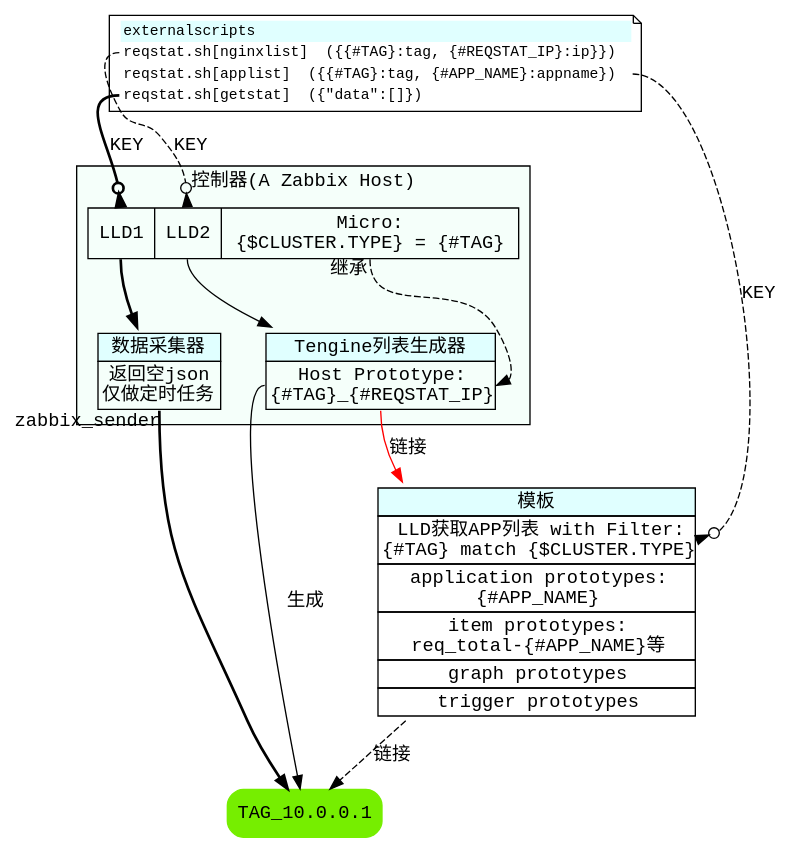
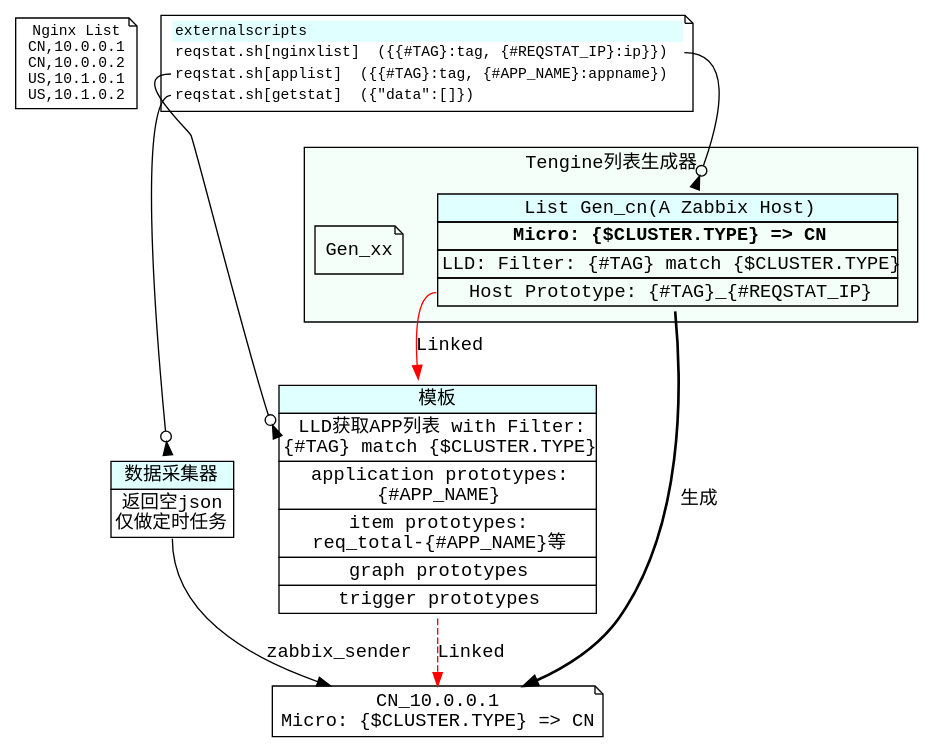
The diagram in nginx/img/reqstat_zabbix.dot (annProg/mydoc), drawn with Graphviz before and after one commit. The commit also changed 3 other files, not shown here.

Commit message:
fix reqstat zabbix

```diff
--- a/nginx/img/reqstat_zabbix.dot
+++ b/nginx/img/reqstat_zabbix.dot
@@ -1,64 +1,65 @@
 digraph zabbix {
 	fontname = "Courier New, SimSun";
 	node [shape=Mrecord,fontname="MONACO,Courier New,SimSun"];
 	edge [fontname="Courier New,SimSun"];
 	
+	nginxlist [fontsize=11, shape="note", label="Nginx List\nCN,10.0.0.1\nCN,10.0.0.2\nUS,10.1.0.1\nUS,10.1.0.2"];
 	extscript [fontsize=11, shape="note", label=<
 		<table border="0" cellborder="0" cellspacing="0" align="left">
 			<tr><td align="left" bgcolor="lightcyan">externalscripts</td></tr>
 			<tr><td align="left" port="nginx">reqstat.sh[nginxlist]  ({{#TAG}:tag, {#REQSTAT_IP}:ip}})</td></tr>
 			<tr><td align="left" port="applist">reqstat.sh[applist]  ({{#TAG}:tag, {#APP_NAME}:appname})</td></tr>
 			<tr><td align="left" port="getstat">reqstat.sh[getstat]  ({"data":[]})</td></tr>
 
+  		</table>
+  	>];
+	
+	subgraph cluster_listgen{
+		label="Tengine列表生成器";
+		style="filled";
+		bgcolor="mintcream";
+		gen_cn [shape="plaintext", label=<
+			<table border="0" cellborder="1" cellspacing="0" align="left">
+				<tr><td bgcolor="lightcyan">List Gen_cn(A Zabbix Host)</td></tr>
+				<tr><td><b>Micro: {$CLUSTER.TYPE} =&gt; CN</b></td></tr>
+				<tr><td>LLD: Filter: {#TAG} match {$CLUSTER.TYPE}</td></tr>
+				<tr><td port="host">Host Prototype: {#TAG}_{#REQSTAT_IP}</td></tr>
+			</table>
+		>];
+		gen_xxx [shape=note,label="Gen_xx"];
+		
+	}
+	
+	extscript:nginx -> gen_cn [arrowhead=invodot];
+	gen_cn:host:w -> template[label="Linked", color="red"];
+	
+	sender [shape="plaintext", label=<
+		<table border="0" cellborder="1" cellspacing="0" align="left">
+			<tr><td bgcolor="lightcyan">数据采集器</td></tr>
+			<tr><td port="sender">返回空json<br />仅做定时任务</td></tr>
 		</table>
 	>];
-		
-	subgraph cluster_lld {
-		label="控制器(A Zabbix Host)";
-		style="filled";
-		bgcolor="mintcream";
-		
-		zbxhost [shape=record, label="<lld1>LLD1|<lld2>LLD2|<micro>Micro:\n \{$CLUSTER.TYPE\} = \{#TAG\} "];
-		list [shape="plaintext", label=<
-			<table border="0" cellborder="1" cellspacing="0" align="left">
-				<tr><td bgcolor="lightcyan">Tengine列表生成器</td></tr>
-				<tr><td port="host">Host Prototype:<br />{#TAG}_{#REQSTAT_IP}</td></tr>
-			</table>
-		>];
-		
-		getstat [shape="plaintext", label=<
-			<table border="0" cellborder="1" cellspacing="0" align="left">
-				<tr><td bgcolor="lightcyan">数据采集器</td></tr>
-				<tr><td port="sender">返回空json<br />仅做定时任务</td></tr>
-			</table>
-		>];
-		
-		zbxhost:lld1 -> getstat[style="bold"];
-		zbxhost:lld2 -> list;
-		zbxhost:micro -> list:host:e [style="dashed", taillabel=" 继承"];
-	}
-	
-	extscript:nginx -> zbxhost:lld2 [arrowhead=invodot, label="KEY", style="dashed"];
-	extscript:getstat:w -> zbxhost:lld1 [arrowhead=invodot, label="KEY", style="bold"];
-	
+
+	extscript:getstat:w -> sender [arrowhead=invodot];
+
 	template [shape="plaintext", label=<
 		<table border="0" cellborder="1" cellspacing="0" align="left">
 			<tr><td bgcolor="lightcyan">模板</td></tr>
 			<tr><td port="applist">LLD获取APP列表 with Filter:<br />{#TAG} match {$CLUSTER.TYPE}</td></tr>
 			<tr><td port="application">application prototypes:<br/>{#APP_NAME}</td></tr>
 			<tr><td port="item">item prototypes:<br/>req_total-{#APP_NAME}等</td></tr>
 			<tr><td port="graph">graph prototypes</td></tr>
 			<tr><td port="trigger">trigger prototypes</td></tr>
 		</table>
 	>];
 	
-	extscript:applist -> template:applist [arrowhead=invodot, label="KEY", style="dashed"];
-	host [label="TAG_10.0.0.1", color="chartreuse2", style="filled"];
-
-	list:host -> template [label="链接", color="red"];
-	list:host -> host[label="生成"];
+	extscript:applist -> template:applist[arrowhead=invodot];
 	
-	template -> host [label="链接", style="dashed"];
+	host_cn[shape=note,label="CN_10.0.0.1\nMicro: {$CLUSTER.TYPE} => CN"];	
+	gen_cn ->host_cn[label=" 生成", style="bold"];
+	sender:sender -> host_cn[label="zabbix_sender"];
 	
-	getstat:sender -> host [taillabel="zabbix_sender", style="bold"];
+	template -> host_cn[style="dashed", color="red", label="Linked"];
+	
+	
 }
```
